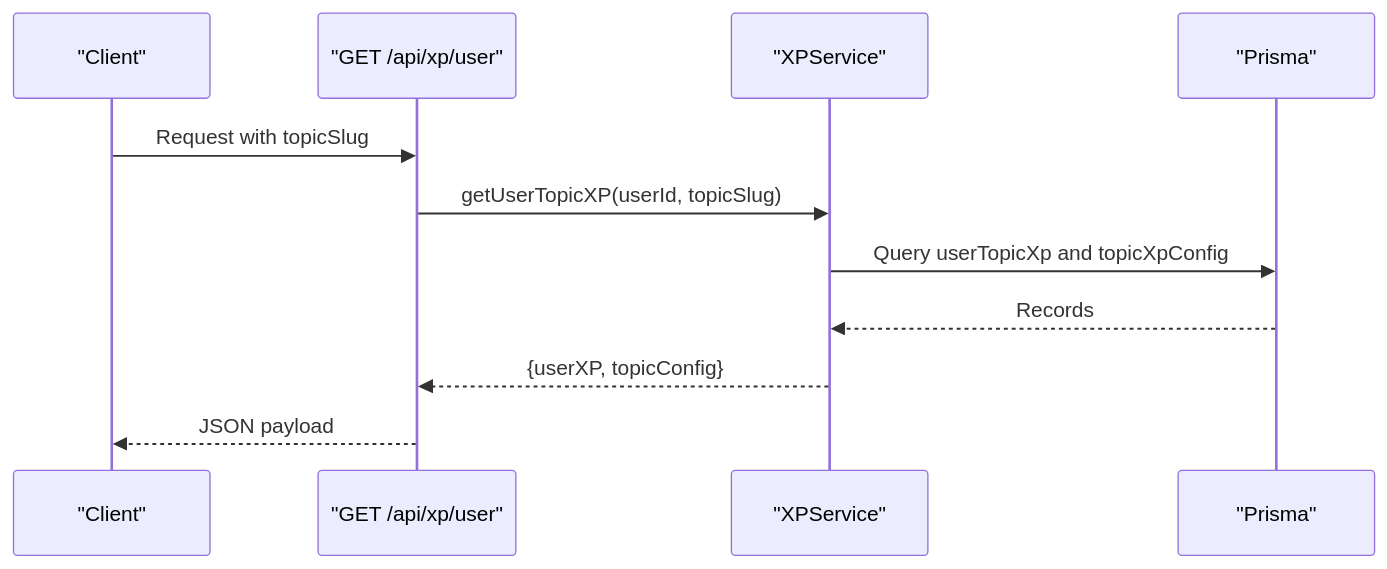
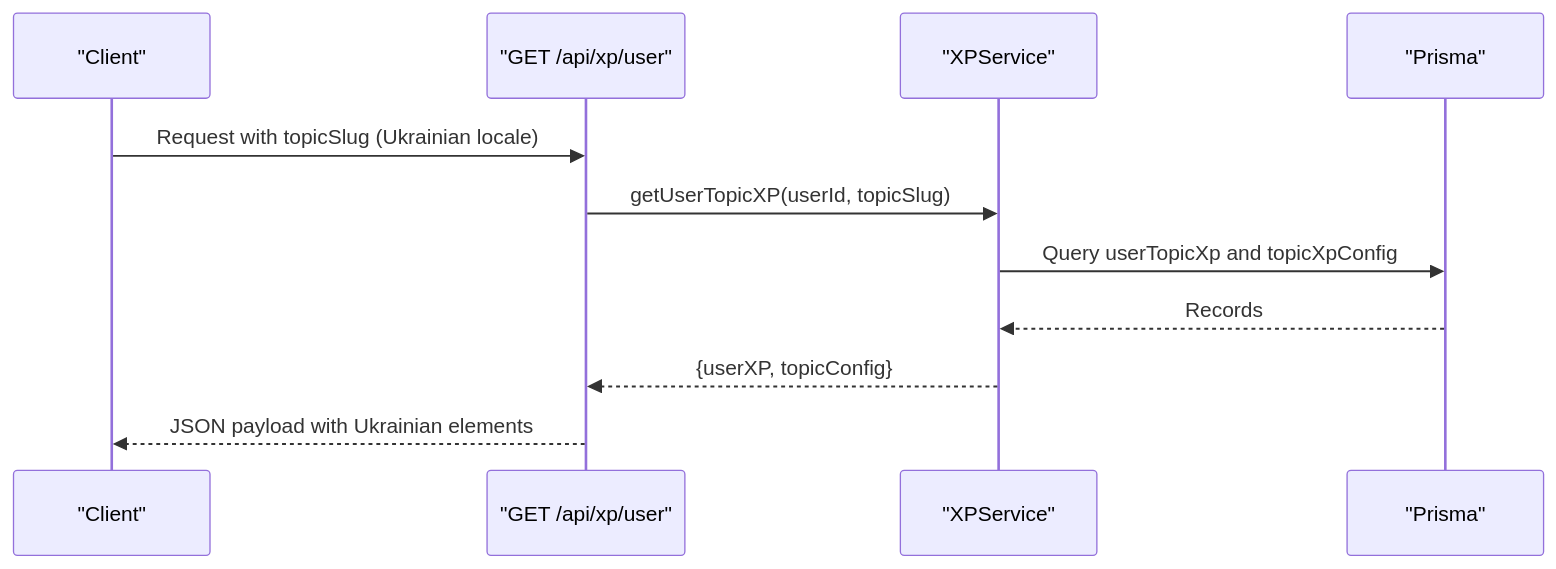
The ninth of 10 diagrams in .qoder/repowiki/en/content/Core Features/Learning Interface/Learning Interface.md (AlexKutz/math-app-next-js), drawn with Mermaid before and after one commit. The commit also changed other lines of this file and 9 other files, not shown here.

````diff
--- a/.qoder/repowiki/en/content/Core Features/Learning Interface/Learning Interface.md
+++ b/.qoder/repowiki/en/content/Core Features/Learning Interface/Learning Interface.md
@@ -329,13 +445,13 @@
 ```mermaid
 sequenceDiagram
 participant C as "Client"
 participant API as "GET /api/xp/user"
 participant SVC as "XPService"
 participant DB as "Prisma"
-C->>API : Request with topicSlug
+C->>API : Request with topicSlug (Ukrainian locale)
 API->>SVC : getUserTopicXP(userId, topicSlug)
 SVC->>DB : Query userTopicXp and topicXpConfig
 DB-->>SVC : Records
 SVC-->>API : {userXP, topicConfig}
-API-->>C : JSON payload
+API-->>C : JSON payload with Ukrainian elements
 ```
````
